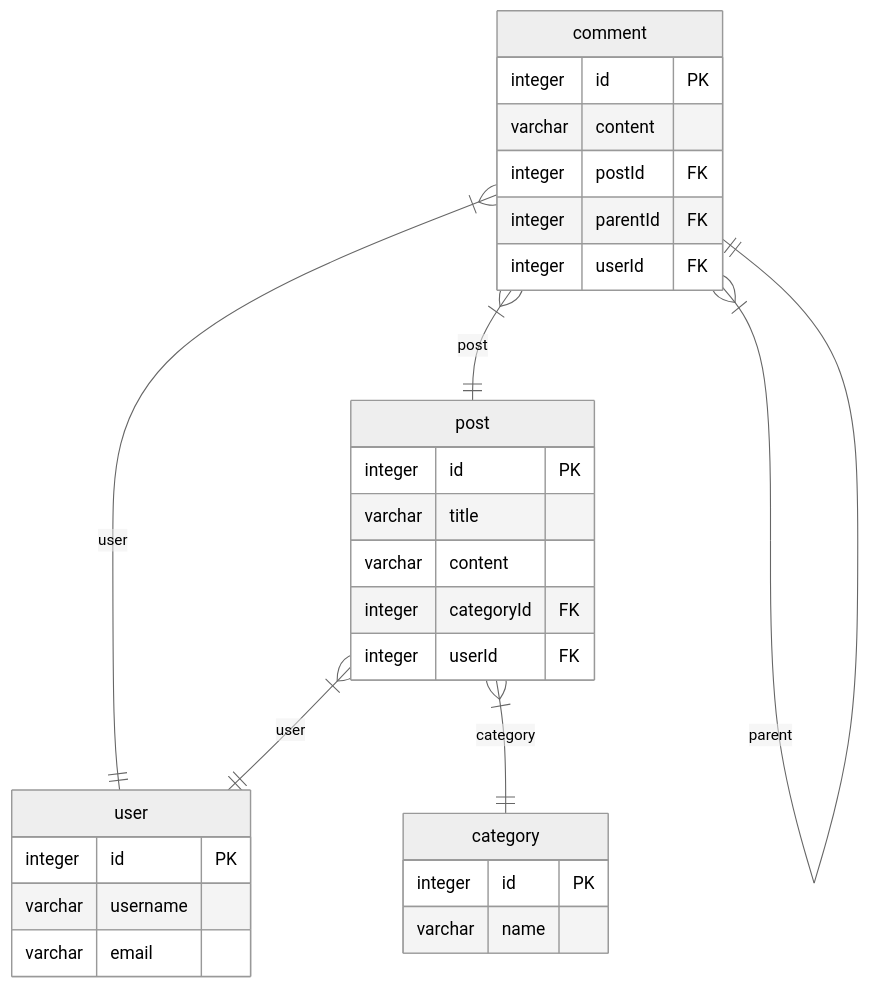
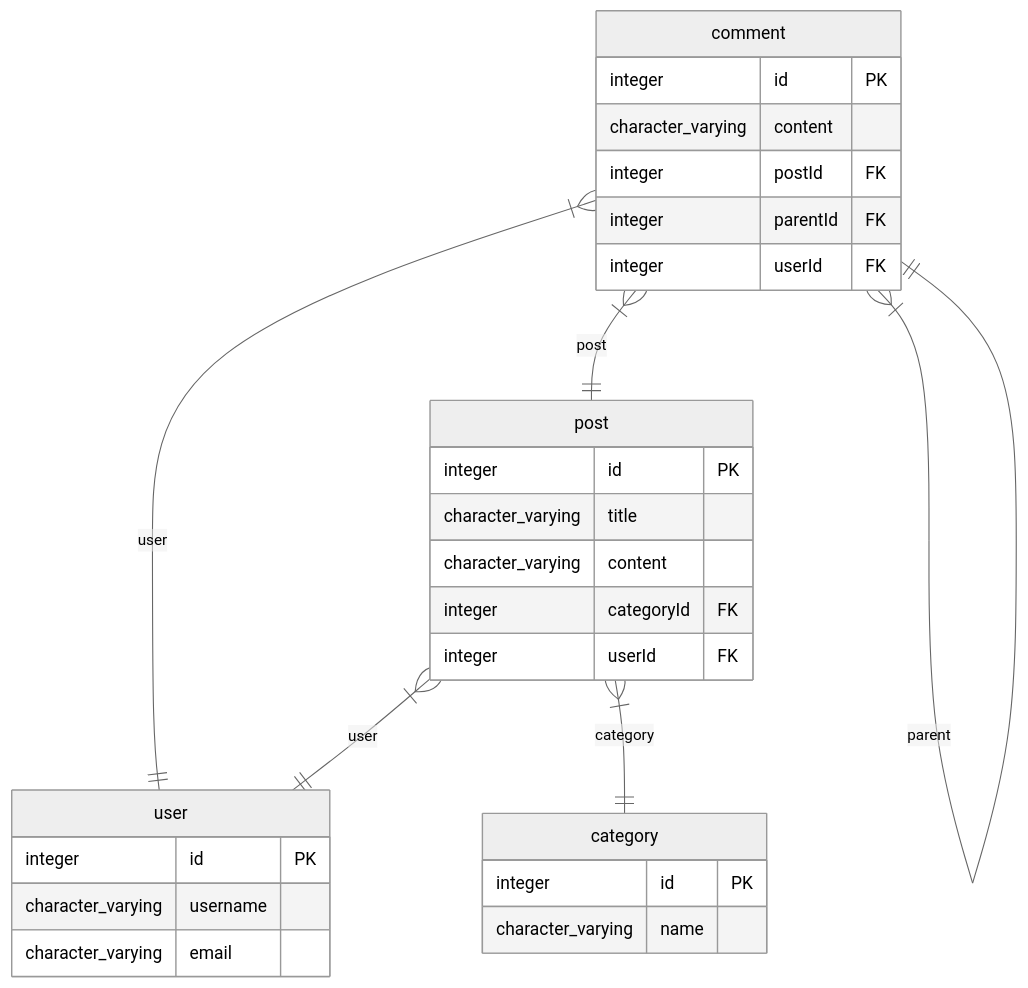
The first of 3 diagrams in test/test-nestjs-app/docs/sqlite-erd.md (hermin9804/typeorm-markdown-generator), drawn with Mermaid (neutral theme) before and after one commit. The commit also changed other lines of this file and 13 other files, not shown here.

````diff
--- a/test/test-nestjs-app/docs/sqlite-erd.md
+++ b/test/test-nestjs-app/docs/sqlite-erd.md
@@ -18,31 +18,31 @@
 ```mermaid
 erDiagram
   comment {
     integer id PK
-    varchar content
+    character_varying content
     integer postId FK
     integer parentId FK
     integer userId FK
   }
+  user {
+    integer id PK
+    character_varying username
+    character_varying email
+  }
   category {
     integer id PK
-    varchar name
+    character_varying name
   }
   post {
     integer id PK
-    varchar title
-    varchar content
+    character_varying title
+    character_varying content
     integer categoryId FK
     integer userId FK
-  }
-  user {
-    integer id PK
-    varchar username
-    varchar email
   }
   comment }|--|| post: post
   comment }|--|| comment: parent
   comment }|--|| user: user
   post }|--|| user: user
   post }|--|| category: category
 ```
````
